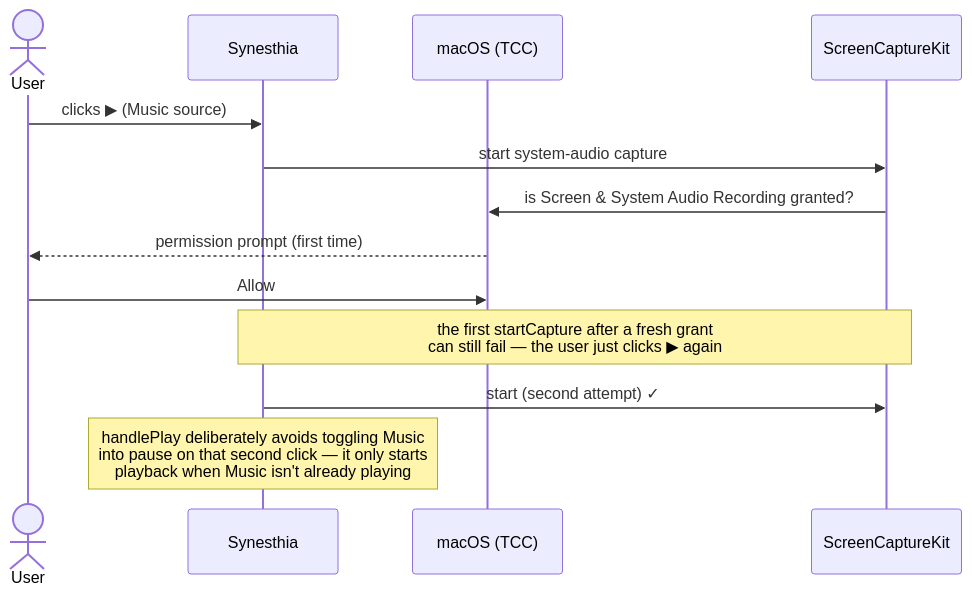
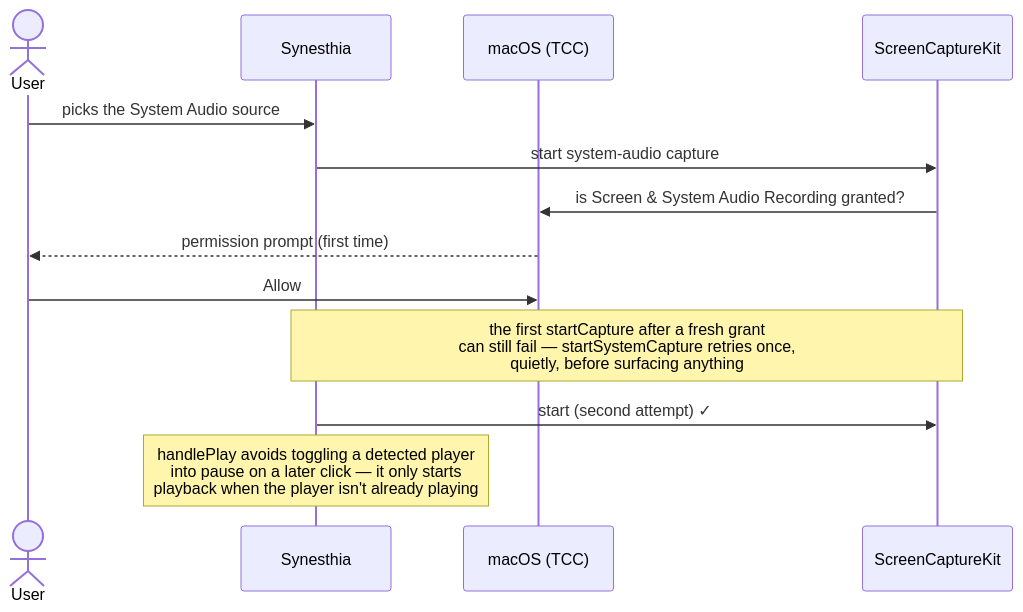
The first of 2 diagrams in docs/macos-integration.md (jonjaques/synesthia), drawn with Mermaid before and after one commit. The commit also changed other lines of this file and 78 other files, not shown here.

````diff
--- a/docs/macos-integration.md
+++ b/docs/macos-integration.md
@@ -24,16 +29,16 @@
 ```mermaid
 sequenceDiagram
     actor U as User
     participant App as Synesthia
     participant TCC as macOS (TCC)
     participant SCK as ScreenCaptureKit
 
-    U->>App: clicks ▶ (Music source)
+    U->>App: picks the System Audio source
     App->>SCK: start system-audio capture
     SCK->>TCC: is Screen & System Audio Recording granted?
     TCC-->>U: permission prompt (first time)
     U->>TCC: Allow
-    Note over App,SCK: the first startCapture after a fresh grant<br>can still fail — the user just clicks ▶ again
+    Note over App,SCK: the first startCapture after a fresh grant<br>can still fail — startSystemCapture retries once,<br>quietly, before surfacing anything
     App->>SCK: start (second attempt) ✓
-    Note over App: handlePlay deliberately avoids toggling Music<br>into pause on that second click — it only starts<br>playback when Music isn't already playing
+    Note over App: handlePlay avoids toggling a detected player<br>into pause on a later click — it only starts<br>playback when the player isn't already playing
 ```
````
